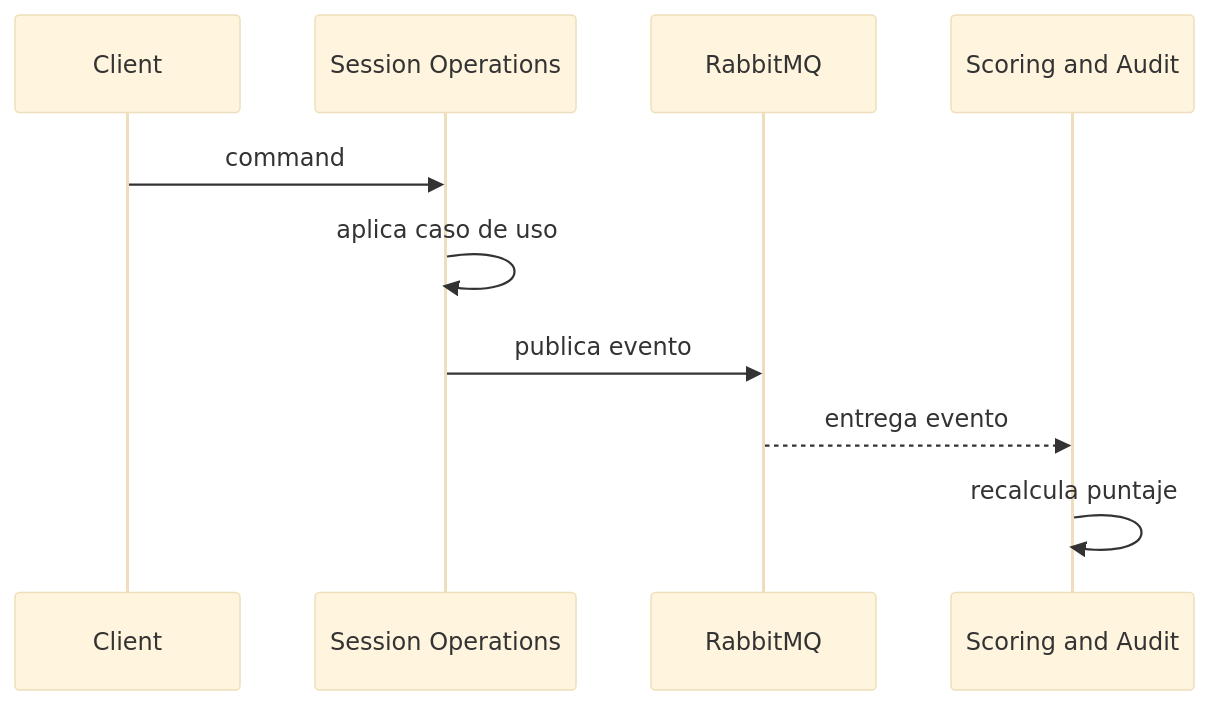
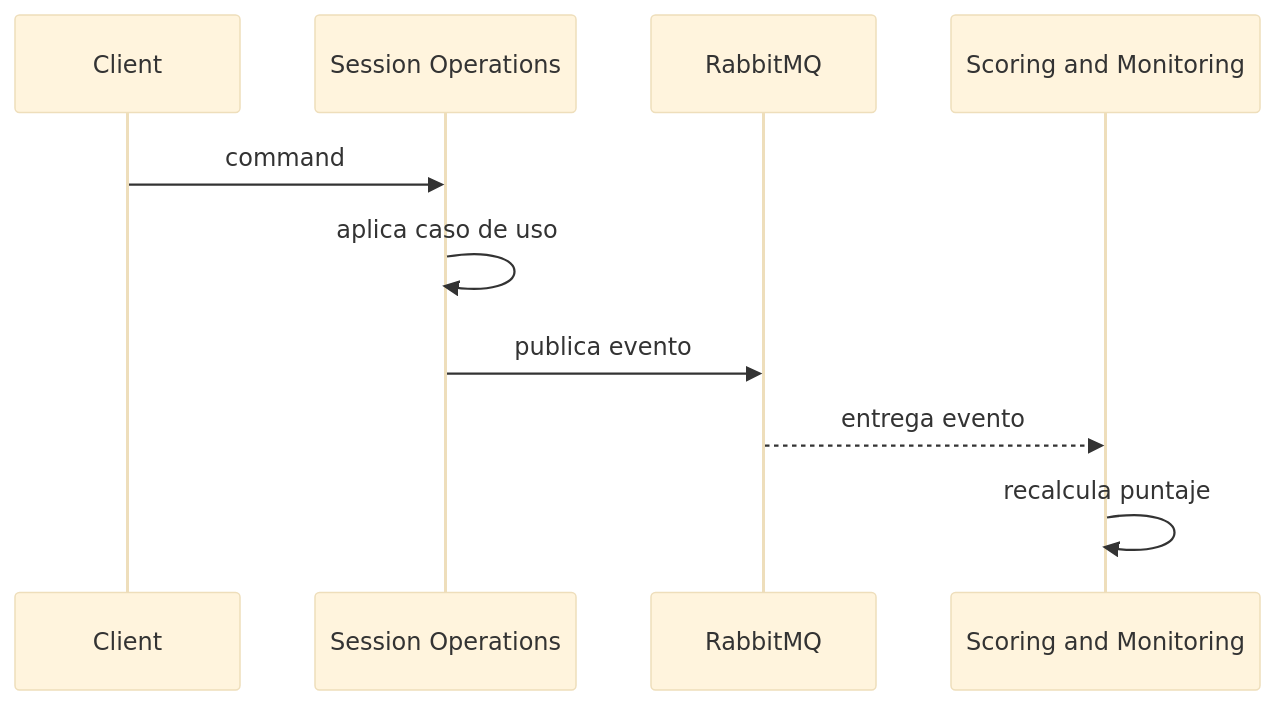
One commit to Grupo2-UMBRAL/UMBRAL-Grupo2 changed the fourth of 5 diagrams in docs/architecture/infrastructure-outline.md. Above: the diagram before and after it, drawn with Mermaid (base theme). The commit also changed other lines of this file and 166 other files, not shown here.

Commit message:
refactor(scoring-monitoring): rename bounded context from scoring-audit to scoring-monitoring

````diff
--- a/docs/architecture/infrastructure-outline.md
+++ b/docs/architecture/infrastructure-outline.md
@@ -433,13 +433,13 @@
 ```mermaid
 sequenceDiagram
     participant Client
     participant Session as Session Operations
     participant MQ as RabbitMQ
-    participant Score as Scoring and Audit
+    participant Score as Scoring and Monitoring
 
     Client->>Session: command
     Session->>Session: aplica caso de uso
     Session->>MQ: publica evento
     MQ-->>Score: entrega evento
     Score->>Score: recalcula puntaje
 ```
````
